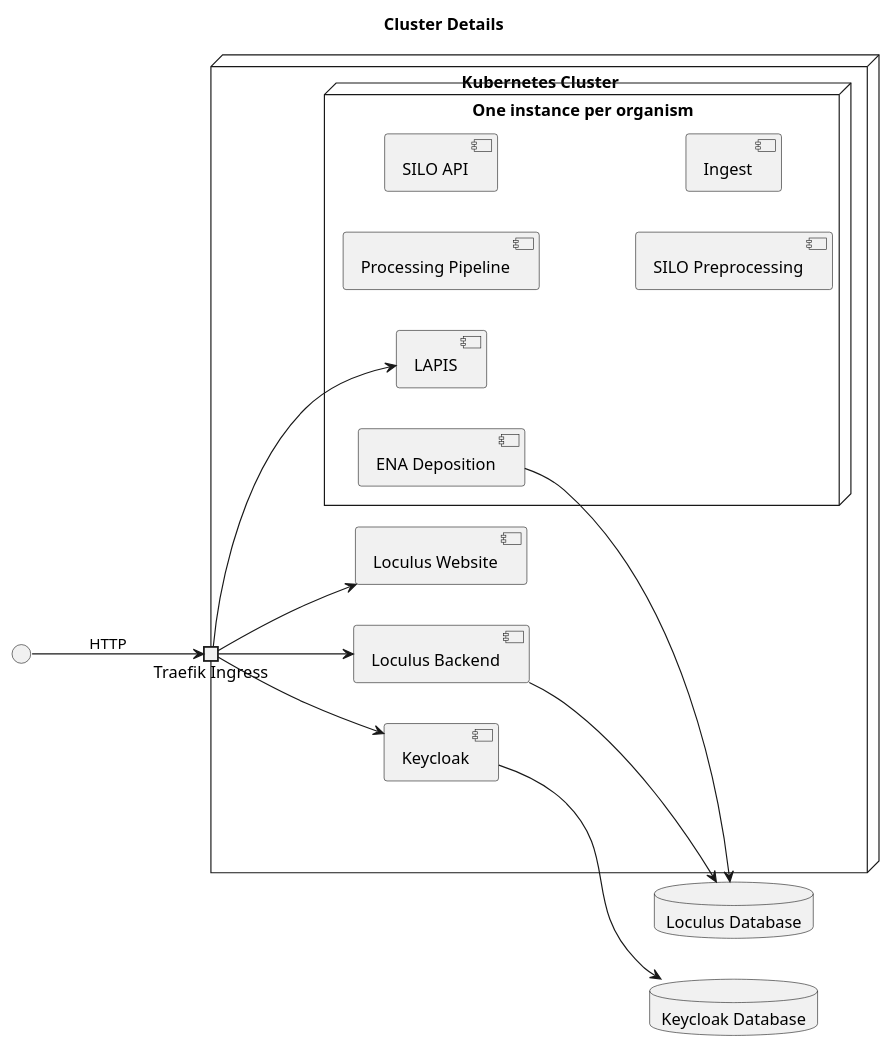
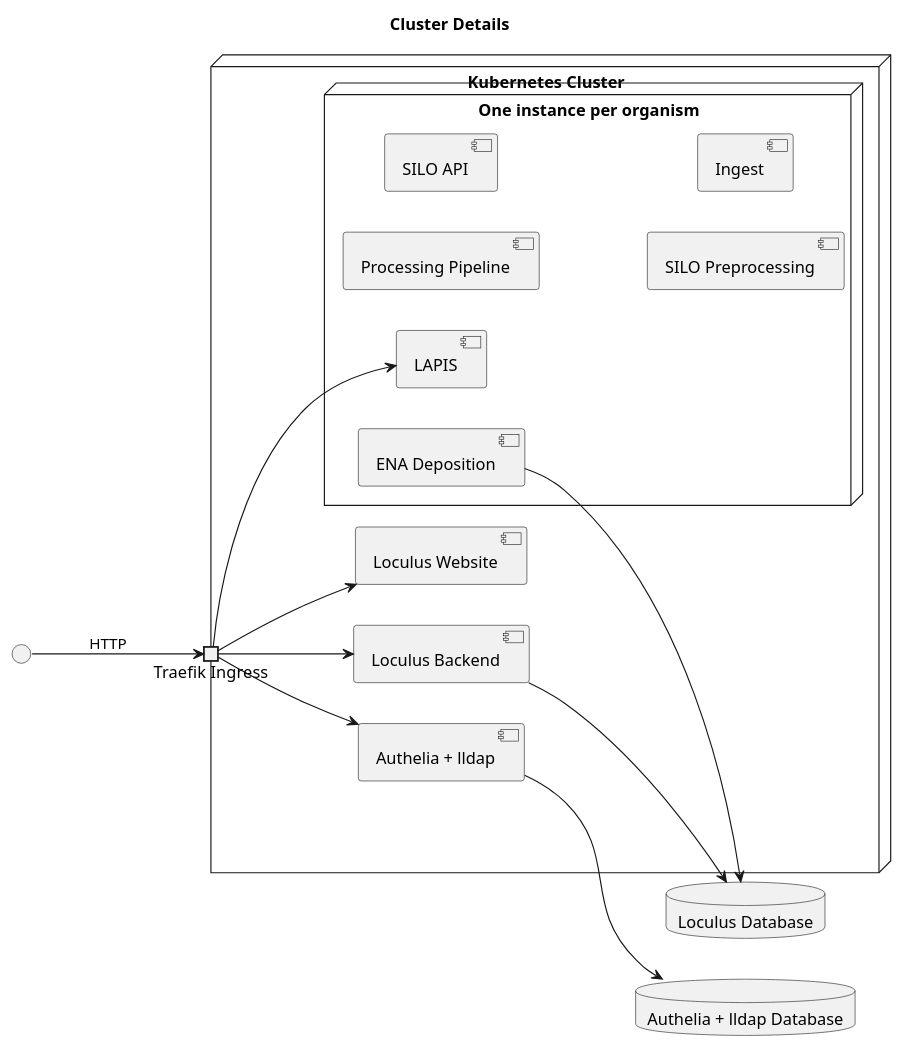
Before and after one commit to loculus-project/loculus: the diagram in architecture_docs/plantuml/07_cluster_details.puml, drawn with PlantUML. The commit also changed 5 other files, not shown here.

First line of the commit message:
docs(architecture): describe Authelia + lldap migration

```diff
--- a/architecture_docs/plantuml/07_cluster_details.puml
+++ b/architecture_docs/plantuml/07_cluster_details.puml
@@ -1,37 +1,37 @@
 @startuml
 
 title Cluster Details
 left to right direction
 
 node "Kubernetes Cluster" as loculus {
     portin "Traefik Ingress" as traefik
 
     component "Loculus Website" as website
     component "Loculus Backend" as backend
-    component "Keycloak" as keycloak
+    component "Authelia + lldap" as authelia
 
     node "One instance per organism" {
         component "Processing Pipeline" as processing
         component "LAPIS" as lapis
         component "SILO API" as silo
         component "SILO Preprocessing" as silo_processing
         component "Ingest" as ingest
         component "ENA Deposition" as deposition
     }
 }
 
 database "Loculus Database" as db
-database "Keycloak Database" as kc_db
+database "Authelia + lldap Database" as ldap_data
 
 " " --> traefik : HTTP
 traefik --> website
 traefik --> backend
 traefik --> lapis
-traefik --> keycloak
+traefik --> authelia
 
 backend --> db
 deposition --> db
-keycloak --> kc_db
+authelia --> ldap_data
 
 
 @enduml
```
